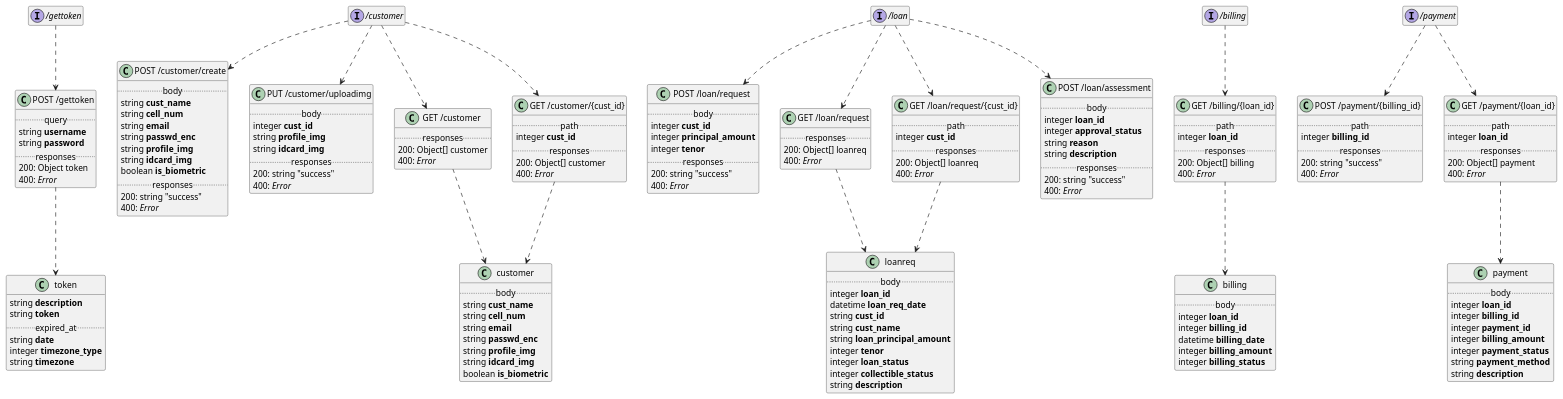
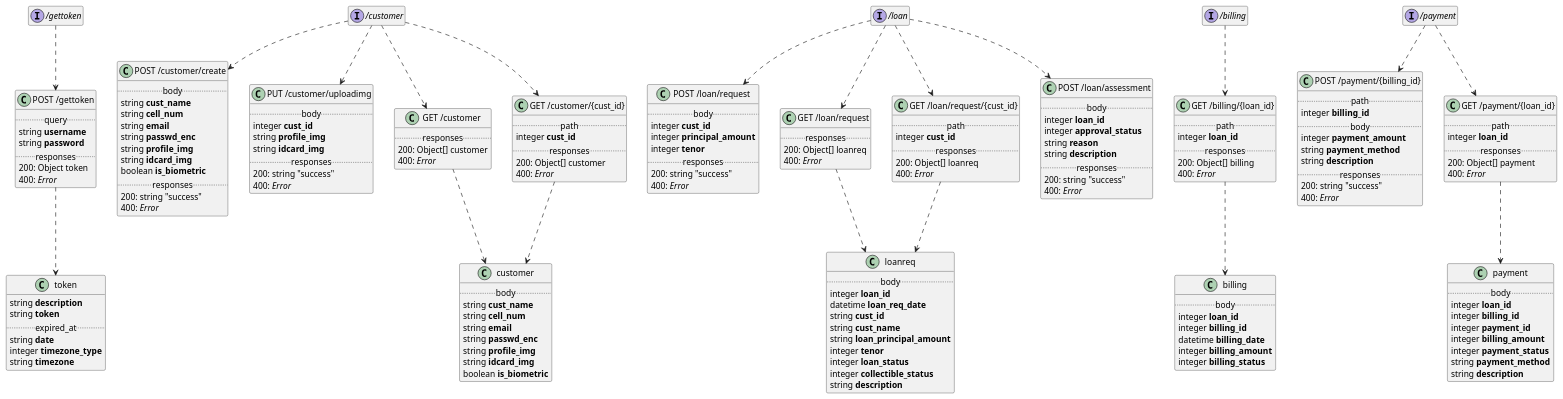
The diagram in xyz fintech rest api class diagram.puml (dvd301/fintech_xyz), drawn with PlantUML before and after one commit. The commit also changed 1 other file, not shown here.

```diff
--- a/xyz fintech rest api class diagram.puml
+++ b/xyz fintech rest api class diagram.puml
@@ -173,6 +173,10 @@
 class "POST /payment/{billing_id}" {
 .. path ..
 {field} integer <b>billing_id</b>
+.. body ..
+{field} integer <b>payment_amount</b>
+{field} string <b>payment_method</b>
+{field} string <b>description</b>
 .. responses ..
 200: {field} string "success"
 400: {field} <i>Error</i> 
```
